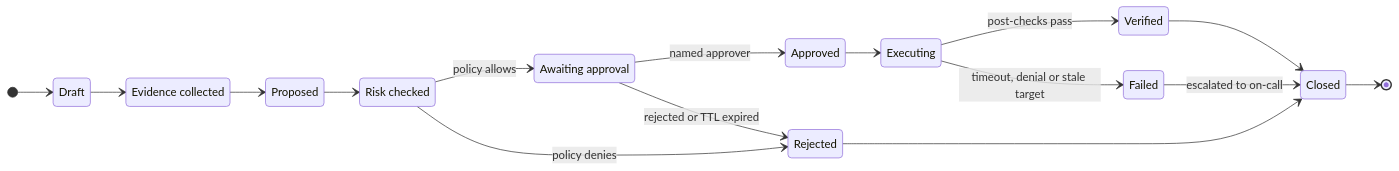
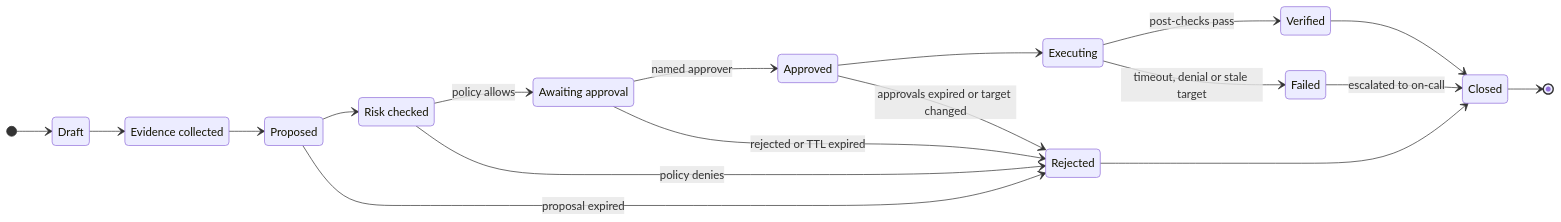
The sixth of 9 diagrams in README.md (aymen-nasri/cloudshield), drawn with Mermaid before and after one commit. The commit also changed other lines of this file and 15 other files, not shown here.

````diff
--- a/README.md
+++ b/README.md
@@ -821,23 +821,25 @@
 ```mermaid
 stateDiagram-v2
     direction LR
     state "Evidence collected" as Evidence
     state "Risk checked" as RiskChecked
     state "Awaiting approval" as Awaiting
 
     [*] --> Draft
     Draft --> Evidence
     Evidence --> Proposed
     Proposed --> RiskChecked
+    Proposed --> Rejected: proposal expired
     RiskChecked --> Awaiting: policy allows
     RiskChecked --> Rejected: policy denies
     Awaiting --> Approved: named approver
     Awaiting --> Rejected: rejected or TTL expired
     Approved --> Executing
+    Approved --> Rejected: approvals expired or target changed
     Executing --> Verified: post-checks pass
     Executing --> Failed: timeout, denial or stale target
     Verified --> Closed
     Failed --> Closed: escalated to on-call
     Rejected --> Closed
     Closed --> [*]
 ```
````
